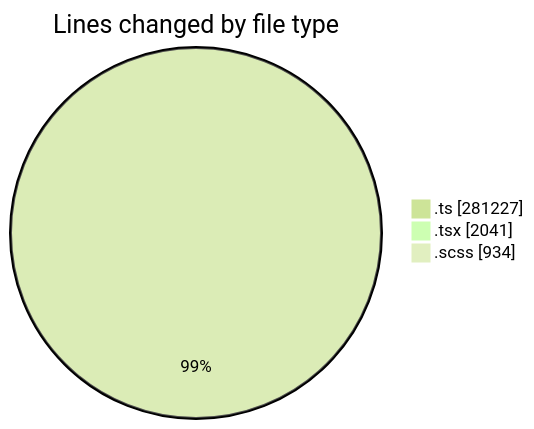
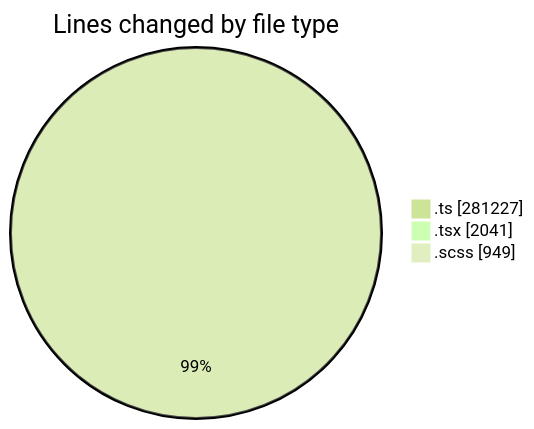
Before and after one commit to momahboobian/code-tracking: the first of 2 diagrams in 2025-08-22/cda/README.md, drawn with Mermaid (forest theme). The commit also changed other lines of this file and 1 other file, not shown here.

````diff
--- a/2025-08-22/cda/README.md
+++ b/2025-08-22/cda/README.md
@@ -43,7 +43,7 @@
 ```mermaid
 pie showData
 title Lines changed by file type
 ".ts" : 281227
 ".tsx" : 2041
-".scss" : 934
+".scss" : 949
 ```
````
